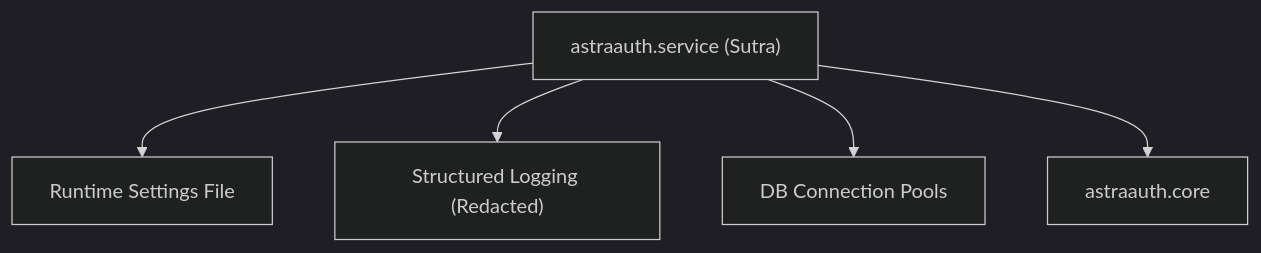
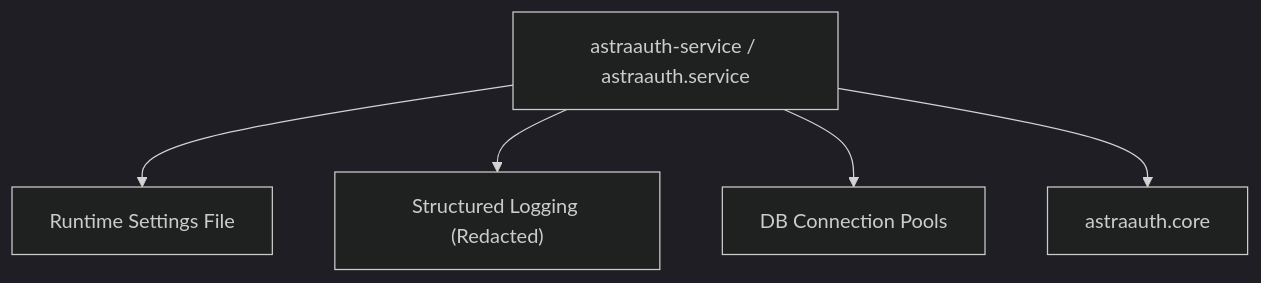
One commit to groverankur/Astra changed the third of 17 diagrams in docs/about/package_detailed_references.md. Above: the diagram before and after it, drawn with Mermaid (dark theme). The commit also changed other lines of this file and 59 other files, not shown here.

````diff
--- a/docs/about/package_detailed_references.md
+++ b/docs/about/package_detailed_references.md
@@ -61,13 +61,13 @@
 ```mermaid
 graph TD
-    Service["astraauth.service (Sutra)"]
+    Service["astraauth-service / astraauth.service"]
     Config["Runtime Settings File"]
     Logger["Structured Logging (Redacted)"]
     Pools["DB Connection Pools"]
     CorePkg["astraauth.core"]
 
     Service --> Config
     Service --> Logger
     Service --> Pools
     Service --> CorePkg
 ```
````
